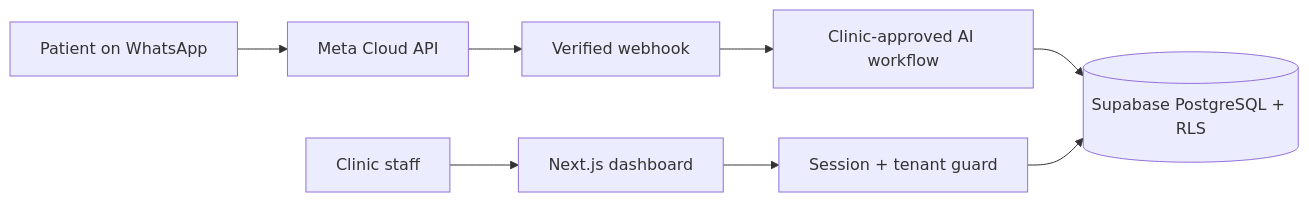
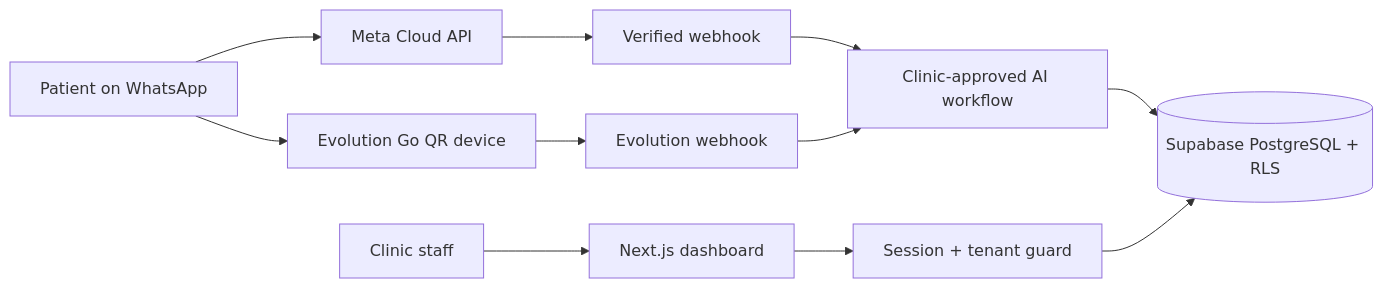
The diagram in README.md (imsusanta/helpa), drawn with Mermaid before and after one commit. The commit also changed other lines of this file and 11 other files, not shown here.

````diff
--- a/README.md
+++ b/README.md
@@ -53,10 +53,13 @@
 ```mermaid
 graph LR
   Patient[Patient on WhatsApp] --> Meta[Meta Cloud API]
+  Patient --> Evolution[Evolution Go QR device]
   Meta --> Webhook[Verified webhook]
+  Evolution --> EvoHook[Evolution webhook]
   Webhook --> AI[Clinic-approved AI workflow]
+  EvoHook --> AI
   AI --> DB[(Supabase PostgreSQL + RLS)]
   Staff[Clinic staff] --> Web[Next.js dashboard]
   Web --> Guard[Session + tenant guard]
   Guard --> DB
 ```
````
